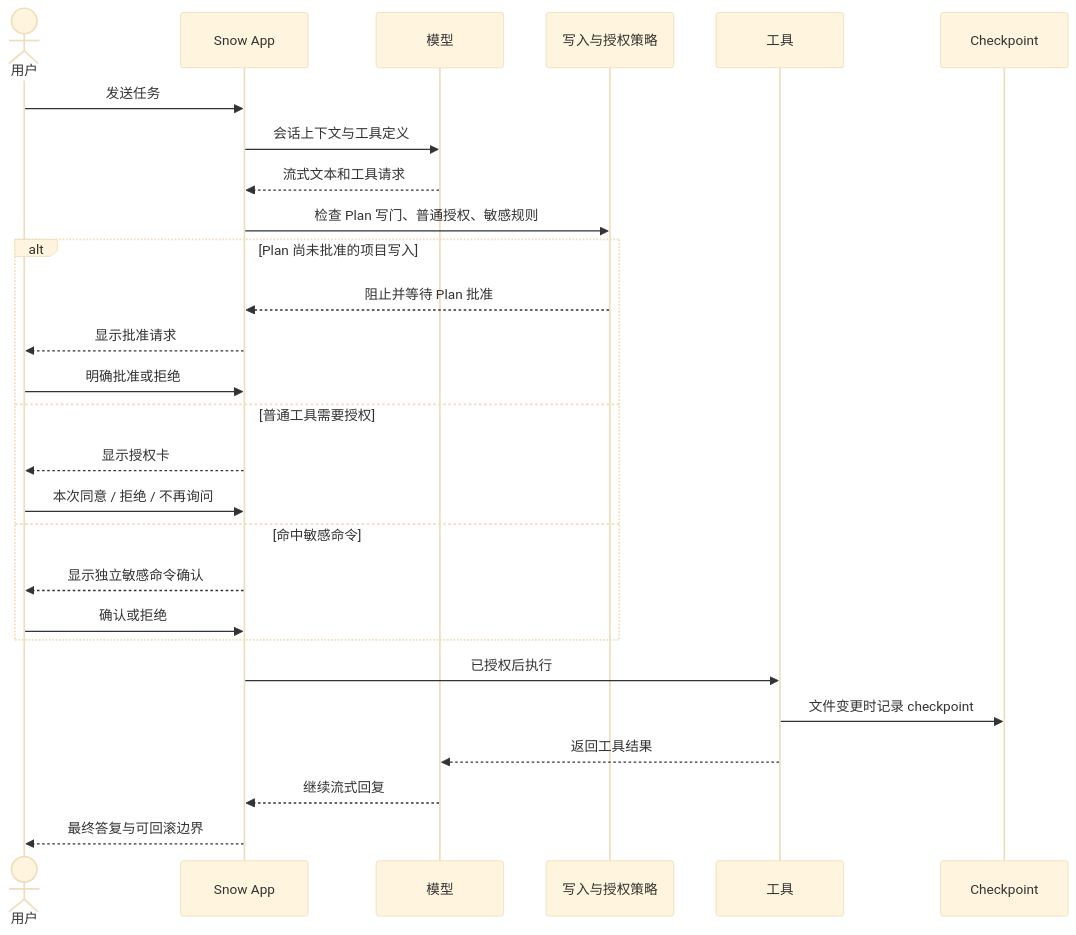
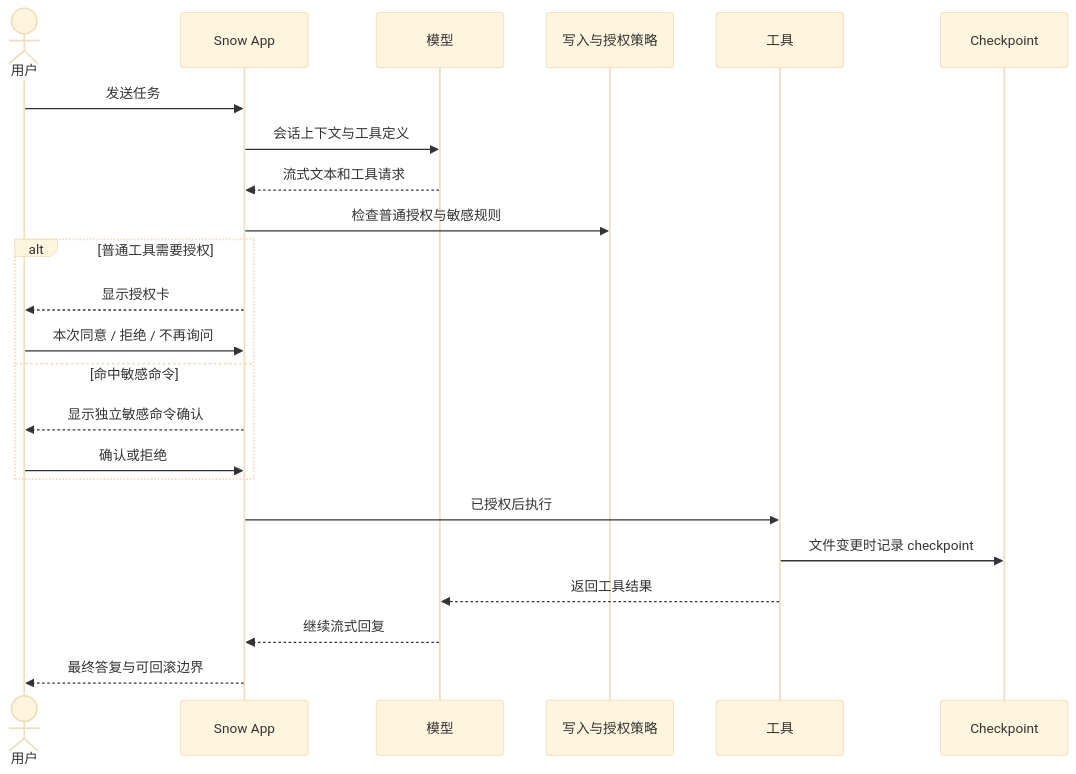
Before and after one commit to BaSui01/snow-app: the second of 2 diagrams in docs/zh-CN/2-使用指南/10-使用聊天与AI助手.md, drawn with Mermaid (base theme). The commit also changed other lines of this file and 135 other files, not shown here.

````diff
--- a/docs/zh-CN/2-使用指南/10-使用聊天与AI助手.md
+++ b/docs/zh-CN/2-使用指南/10-使用聊天与AI助手.md
@@ -221,30 +203,26 @@
 ```mermaid
 sequenceDiagram
     actor User as 用户
     participant UI as Snow App
     participant AI as 模型
     participant Policy as 写入与授权策略
     participant Tool as 工具
     participant CP as Checkpoint
 
     User->>UI: 发送任务
     UI->>AI: 会话上下文与工具定义
     AI-->>UI: 流式文本和工具请求
-    UI->>Policy: 检查 Plan 写门、普通授权、敏感规则
-    alt Plan 尚未批准的项目写入
-        Policy-->>UI: 阻止并等待 Plan 批准
-        UI-->>User: 显示批准请求
-        User->>UI: 明确批准或拒绝
-    else 普通工具需要授权
+    UI->>Policy: 检查普通授权与敏感规则
+    alt 普通工具需要授权
         UI-->>User: 显示授权卡
         User->>UI: 本次同意 / 拒绝 / 不再询问
     else 命中敏感命令
         UI-->>User: 显示独立敏感命令确认
         User->>UI: 确认或拒绝
     end
     UI->>Tool: 已授权后执行
     Tool->>CP: 文件变更时记录 checkpoint
     Tool-->>AI: 返回工具结果
     AI-->>UI: 继续流式回复
     UI-->>User: 最终答复与可回滚边界
 ```
````
